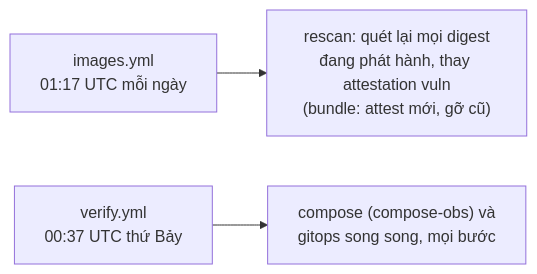
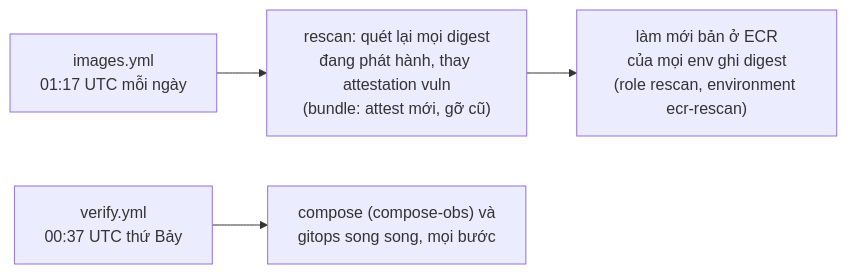
Before and after one commit to anhnvcoder/svp-backend: the third of 5 diagrams in docs/ci-cd.md, drawn with Mermaid. The commit also changed other lines of this file and 26 other files, not shown here.

````diff
--- a/docs/ci-cd.md
+++ b/docs/ci-cd.md
@@ -108,5 +115,6 @@
 ```mermaid
 flowchart LR
     daily["images.yml<br/>01:17 UTC mỗi ngày"] --> rescan["rescan: quét lại mọi digest<br/>đang phát hành, thay attestation vuln<br/>(bundle: attest mới, gỡ cũ)"]
+    rescan --> refresh["làm mới bản ở ECR<br/>của mọi env ghi digest<br/>(role rescan, environment ecr-rescan)"]
     weekly["verify.yml<br/>00:37 UTC thứ Bảy"] --> both["compose (compose-obs) và<br/>gitops song song, mọi bước"]
 ```
````
